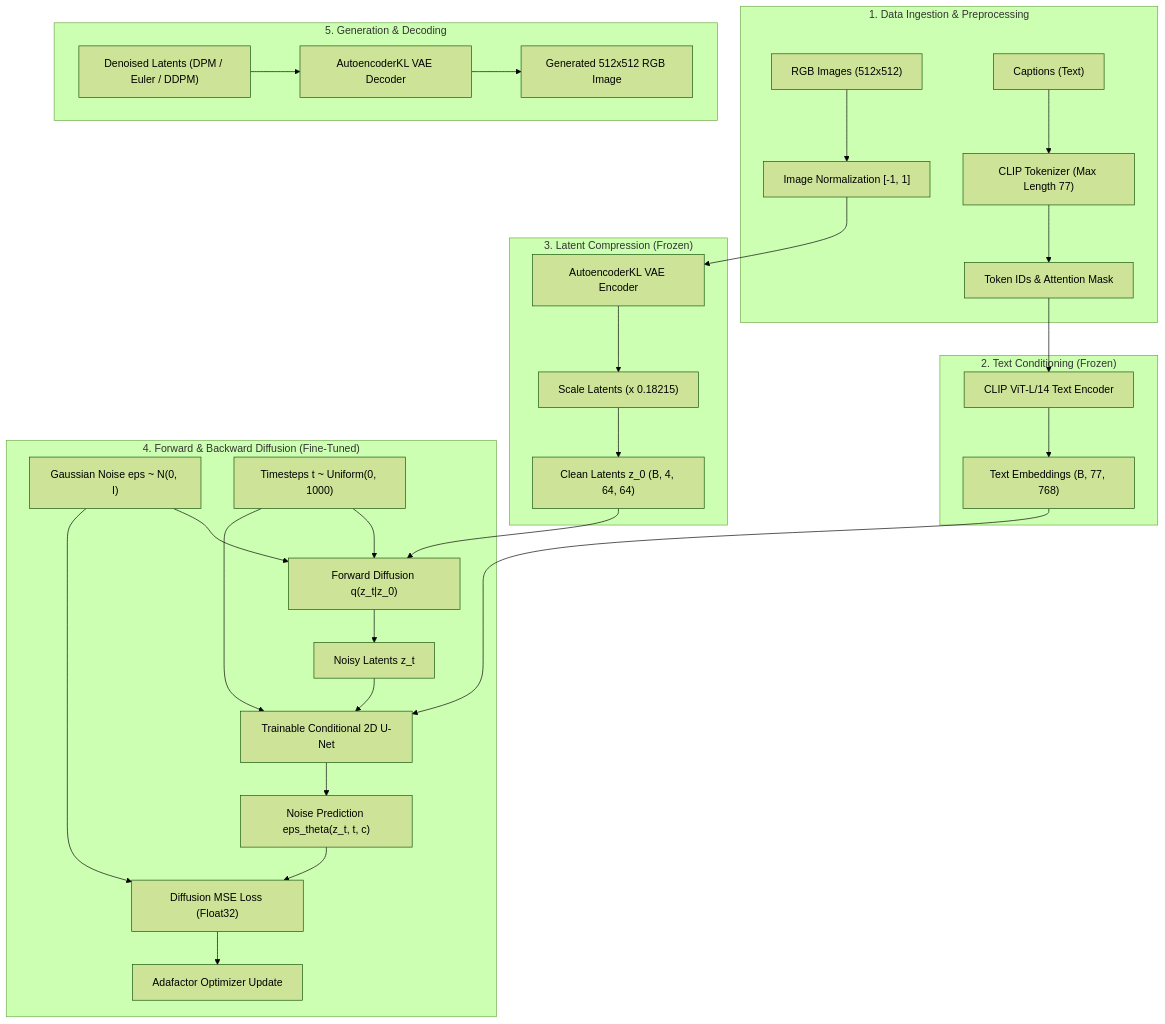
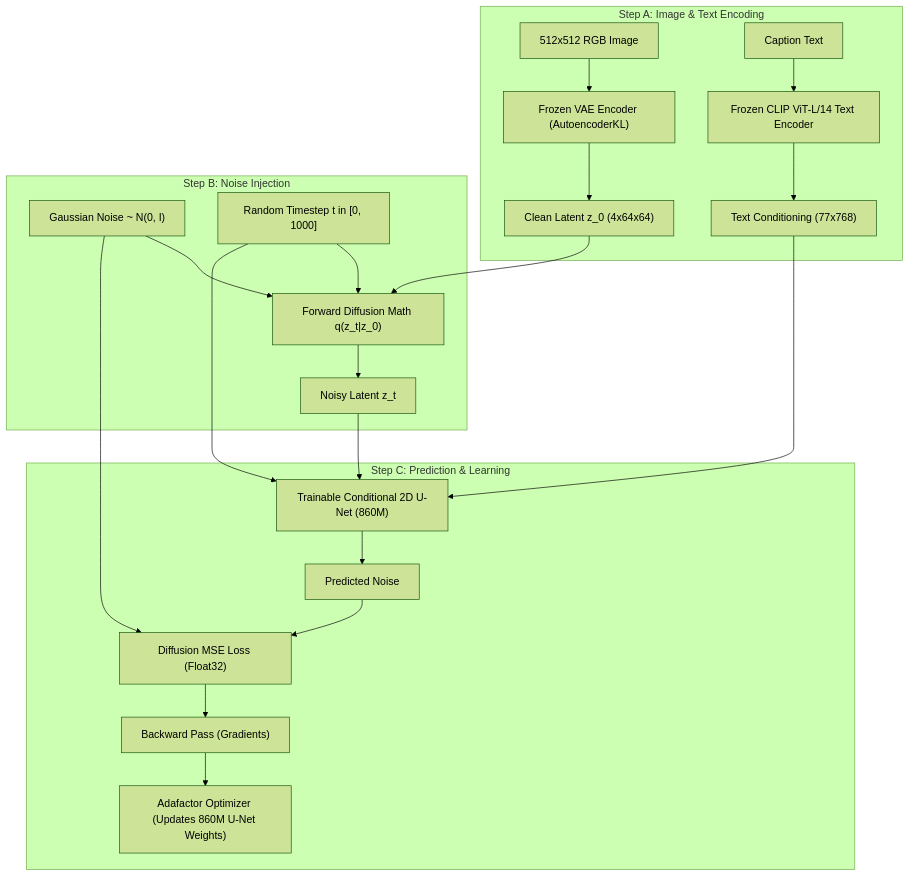
Before and after one commit to Bhuvankumar32085/Text-to-Image-Model-Training: the first of 2 diagrams in README.md, drawn with Mermaid (forest theme). The commit also changed other lines of this file, not shown here.

````diff
--- a/README.md
+++ b/README.md
@@ -32,40 +78,28 @@
 ```mermaid
-graph TD
-    subgraph Data ["1. Data Ingestion & Preprocessing"]
-        RawImg["RGB Images (512x512)"] --> Norm["Image Normalization [-1, 1]"]
-        RawCap["Captions (Text)"] --> Tokenizer["CLIP Tokenizer (Max Length 77)"]
-        Tokenizer --> Tokens["Token IDs & Attention Mask"]
+flowchart TD
+    subgraph DataPrep ["Step A: Image & Text Encoding"]
+        Img["512x512 RGB Image"] --> VAE_Enc["Frozen VAE Encoder (AutoencoderKL)"]
+        VAE_Enc --> Latent["Clean Latent z_0 (4x64x64)"]
+        Text["Caption Text"] --> CLIP["Frozen CLIP ViT-L/14 Text Encoder"]
+        CLIP --> TextEmb["Text Conditioning (77x768)"]
     end
 
-    subgraph Conditioning ["2. Text Conditioning (Frozen)"]
-        Tokens --> CLIP["CLIP ViT-L/14 Text Encoder"]
-        CLIP --> Embeds["Text Embeddings (B, 77, 768)"]
+    subgraph ForwardDiffusion ["Step B: Noise Injection"]
+        Latent --> NoiseAdder["Forward Diffusion Math q(z_t|z_0)"]
+        RandNoise["Gaussian Noise ~ N(0, I)"] --> NoiseAdder
+        Timestep["Random Timestep t in [0, 1000]"] --> NoiseAdder
+        NoiseAdder --> NoisyLatent["Noisy Latent z_t"]
     end
 
-    subgraph LatentSpace ["3. Latent Compression (Frozen)"]
-        Norm --> VAE_Enc["AutoencoderKL VAE Encoder"]
-        VAE_Enc --> Scale["Scale Latents (x 0.18215)"]
-        Scale --> CleanLatents["Clean Latents z_0 (B, 4, 64, 64)"]
-    end
-
-    subgraph Diffusion ["4. Forward & Backward Diffusion (Fine-Tuned)"]
-        CleanLatents --> FwdNoise["Forward Diffusion q(z_t|z_0)"]
-        GaussNoise["Gaussian Noise eps ~ N(0, I)"] --> FwdNoise
-        Timesteps["Timesteps t ~ Uniform(0, 1000)"] --> FwdNoise
-        FwdNoise --> NoisyLatents["Noisy Latents z_t"]
+    subgraph BackwardDiffusion ["Step C: Prediction & Learning"]
+        NoisyLatent --> UNet["Trainable Conditional 2D U-Net (860M)"]
+        TextEmb --> UNet
+        Timestep --> UNet
+        UNet --> PredNoise["Predicted Noise"]
         
-        NoisyLatents --> UNet["Trainable Conditional 2D U-Net"]
-        Embeds --> UNet
-        Timesteps --> UNet
-        
-        UNet --> Pred["Noise Prediction eps_theta(z_t, t, c)"]
-        Pred --> LossCalc["Diffusion MSE Loss (Float32)"]
-        GaussNoise --> LossCalc
-        LossCalc --> Backprop["Adafactor Optimizer Update"]
-    end
-
-    subgraph Generation ["5. Generation & Decoding"]
-        DenoisedLatents["Denoised Latents (DPM / Euler / DDPM)"] --> VAE_Dec["AutoencoderKL VAE Decoder"]
-        VAE_Dec --> GeneratedImage["Generated 512x512 RGB Image"]
+        PredNoise --> Loss["Diffusion MSE Loss (Float32)"]
+        RandNoise --> Loss
+        Loss --> Backprop["Backward Pass (Gradients)"]
+        Backprop --> Optimizer["Adafactor Optimizer (Updates 860M U-Net Weights)"]
     end
 ```
````
